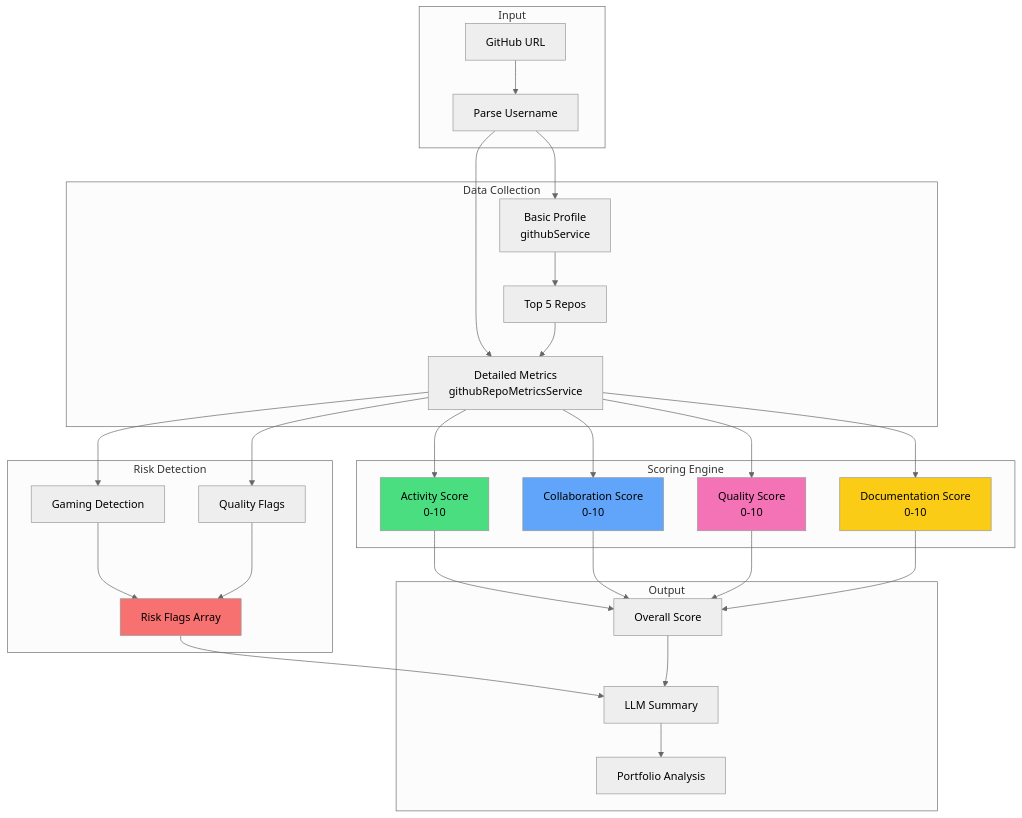
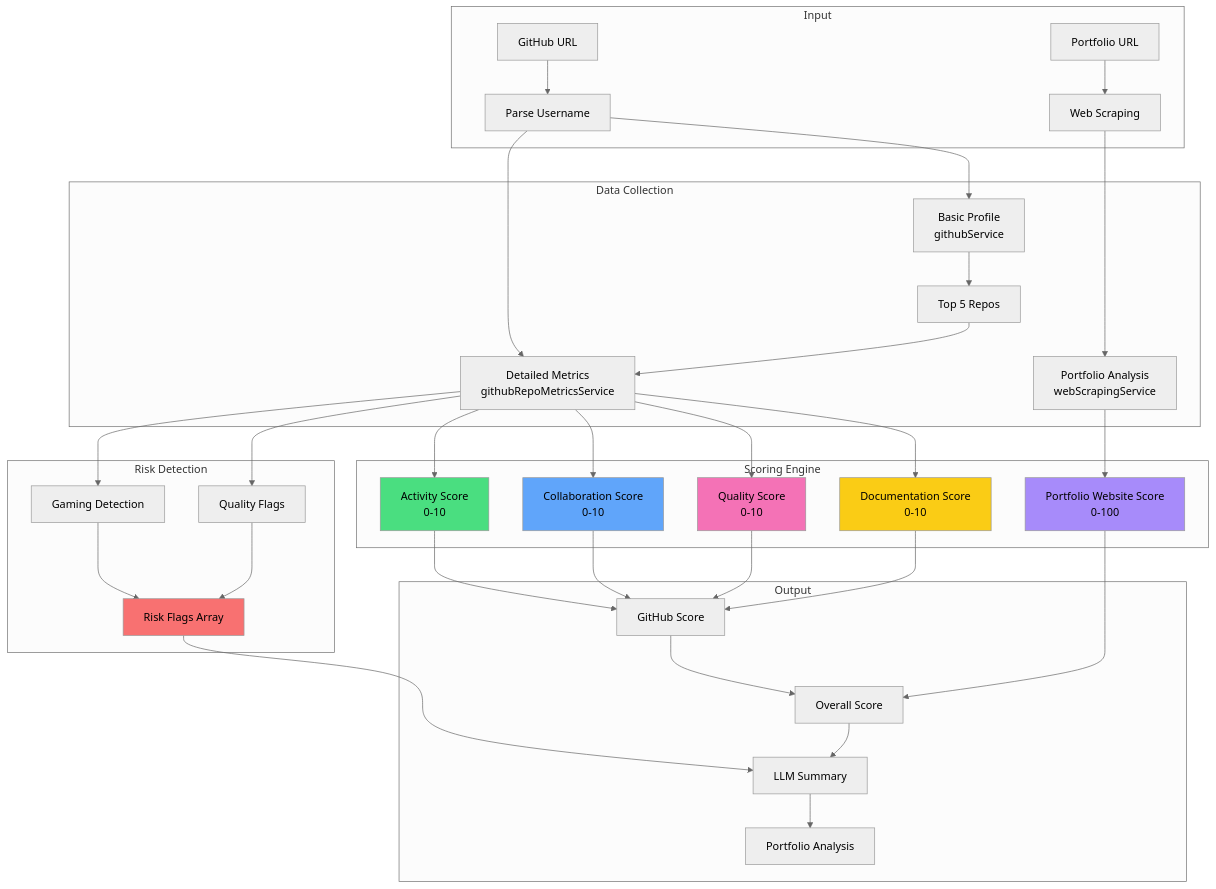
Before and after one commit to AlphaTechini/Freelance: the first of 2 diagrams in ANALYSIS.md, drawn with Mermaid (neutral theme). The commit also changed other lines of this file and 14 other files, not shown here.

````diff
--- a/ANALYSIS.md
+++ b/ANALYSIS.md
@@ -9,40 +9,46 @@
 ```mermaid
 flowchart TD
     subgraph Input
         A[GitHub URL] --> B[Parse Username]
+        A2[Portfolio URL] --> B2[Web Scraping]
     end
     
     subgraph "Data Collection"
         B --> C[Basic Profile<br/>githubService]
         B --> D[Detailed Metrics<br/>githubRepoMetricsService]
         C --> E[Top 5 Repos]
         E --> D
+        B2 --> F2[Portfolio Analysis<br/>webScrapingService]
     end
     
     subgraph "Scoring Engine"
         D --> F[Activity Score<br/>0-10]
         D --> G[Collaboration Score<br/>0-10]
         D --> H[Quality Score<br/>0-10]
         D --> I[Documentation Score<br/>0-10]
+        F2 --> W[Portfolio Website Score<br/>0-100]
     end
     
     subgraph "Risk Detection"
         D --> J[Gaming Detection]
         D --> K[Quality Flags]
         J --> L[Risk Flags Array]
         K --> L
     end
     
     subgraph Output
-        F & G & H & I --> M[Overall Score]
+        F & G & H & I --> M[GitHub Score]
+        M --> O2[Overall Score]
+        W --> O2
         L --> N[LLM Summary]
-        M --> N
+        O2 --> N
         N --> O[Portfolio Analysis]
     end
     
     style F fill:#4ade80
     style G fill:#60a5fa
     style H fill:#f472b6
     style I fill:#facc15
+    style W fill:#a78bfa
     style L fill:#f87171
 ```
````
